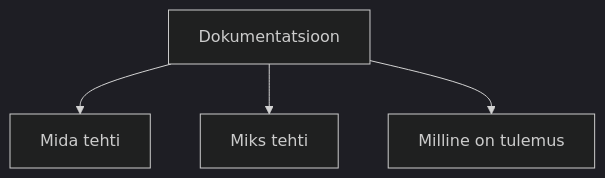
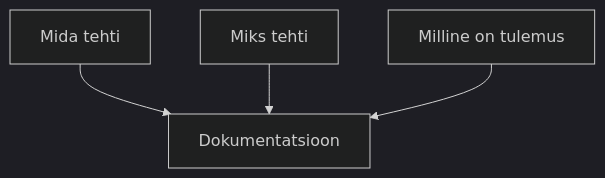
One commit to metshein/dokumentatsiooni_loomine changed the diagram in docs/index.md. Above: the diagram before and after it, drawn with Mermaid (dark theme).

Commit message:
Fix flowchart direction in documentation to accurately represent relationships

````diff
--- a/docs/index.md
+++ b/docs/index.md
@@ -24,11 +24,11 @@
 ```mermaid
 flowchart TB
 	D[Dokumentatsioon]
 	A[Mida tehti]
 	B[Miks tehti]
 	C[Milline on tulemus]
 
-	D --> A
-	D --> B
-	D --> C
+	A --> D
+	B --> D
+	C --> D
 ```
````
